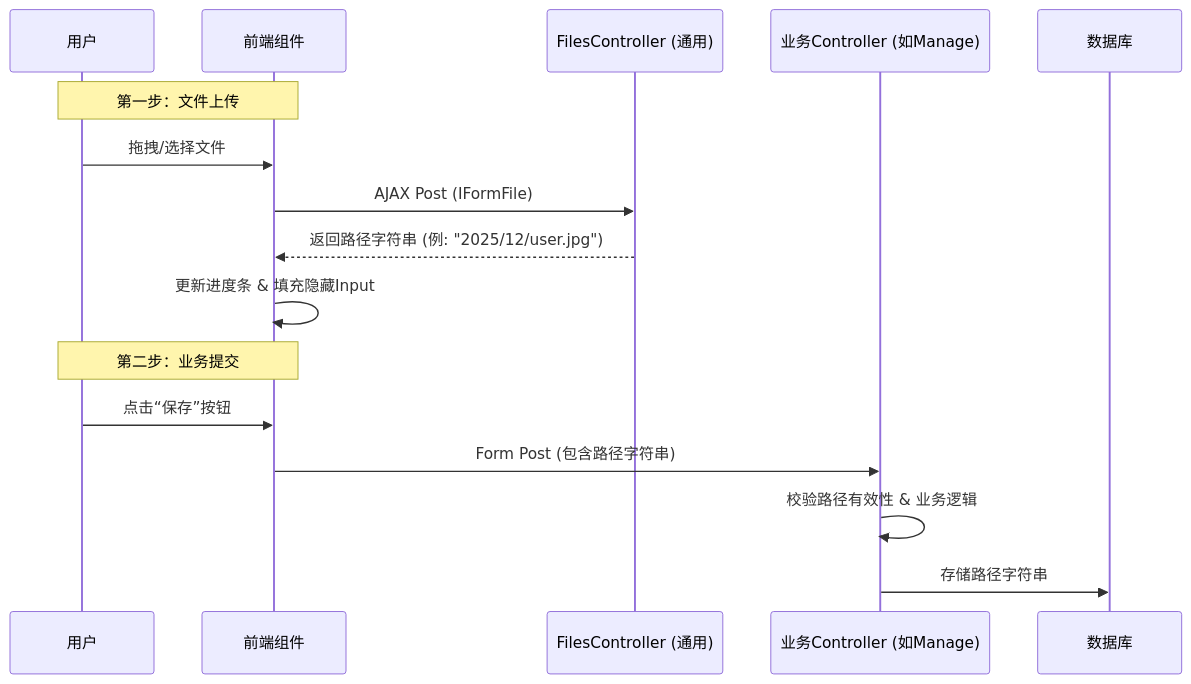
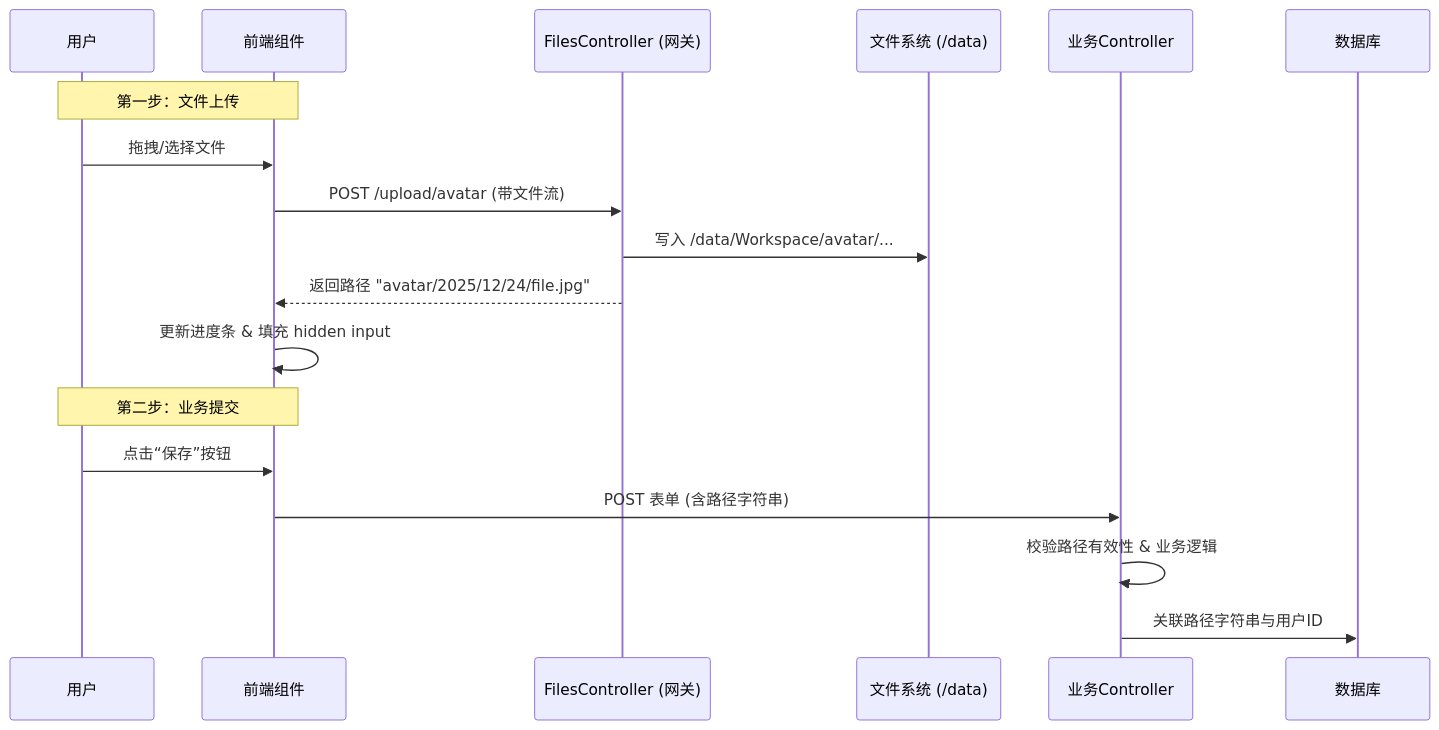
The diagram in Features/FileStorage.md (AiursoftWeb/Template-docs), drawn with Mermaid before and after one commit. The commit also changed other lines of this file, not shown here.

````diff
--- a/Features/FileStorage.md
+++ b/Features/FileStorage.md
@@ -28,21 +21,23 @@
 ```mermaid
 sequenceDiagram
     participant User as 用户
     participant Browser as 前端组件
-    participant FilesCtrl as FilesController (通用)
-    participant BizCtrl as 业务Controller (如Manage)
+    participant FilesCtrl as FilesController (网关)
+    participant FS as 文件系统 (/data)
+    participant BizCtrl as 业务Controller
     participant DB as 数据库
 
     Note over User, Browser: 第一步：文件上传
     User->>Browser: 拖拽/选择文件
-    Browser->>FilesCtrl: AJAX Post (IFormFile)
-    FilesCtrl-->>Browser: 返回路径字符串 (例: "2025/12/user.jpg")
-    Browser->>Browser: 更新进度条 & 填充隐藏Input
+    Browser->>FilesCtrl: POST /upload/avatar (带文件流)
+    FilesCtrl->>FS: 写入 /data/Workspace/avatar/...
+    FilesCtrl-->>Browser: 返回路径 "avatar/2025/12/24/file.jpg"
+    Browser->>Browser: 更新进度条 & 填充 hidden input
 
     Note over User, Browser: 第二步：业务提交
     User->>Browser: 点击“保存”按钮
-    Browser->>BizCtrl: Form Post (包含路径字符串)
+    Browser->>BizCtrl: POST 表单 (含路径字符串)
     BizCtrl->>BizCtrl: 校验路径有效性 & 业务逻辑
-    BizCtrl->>DB: 存储路径字符串
+    BizCtrl->>DB: 关联路径字符串与用户ID
 
 ```
````
